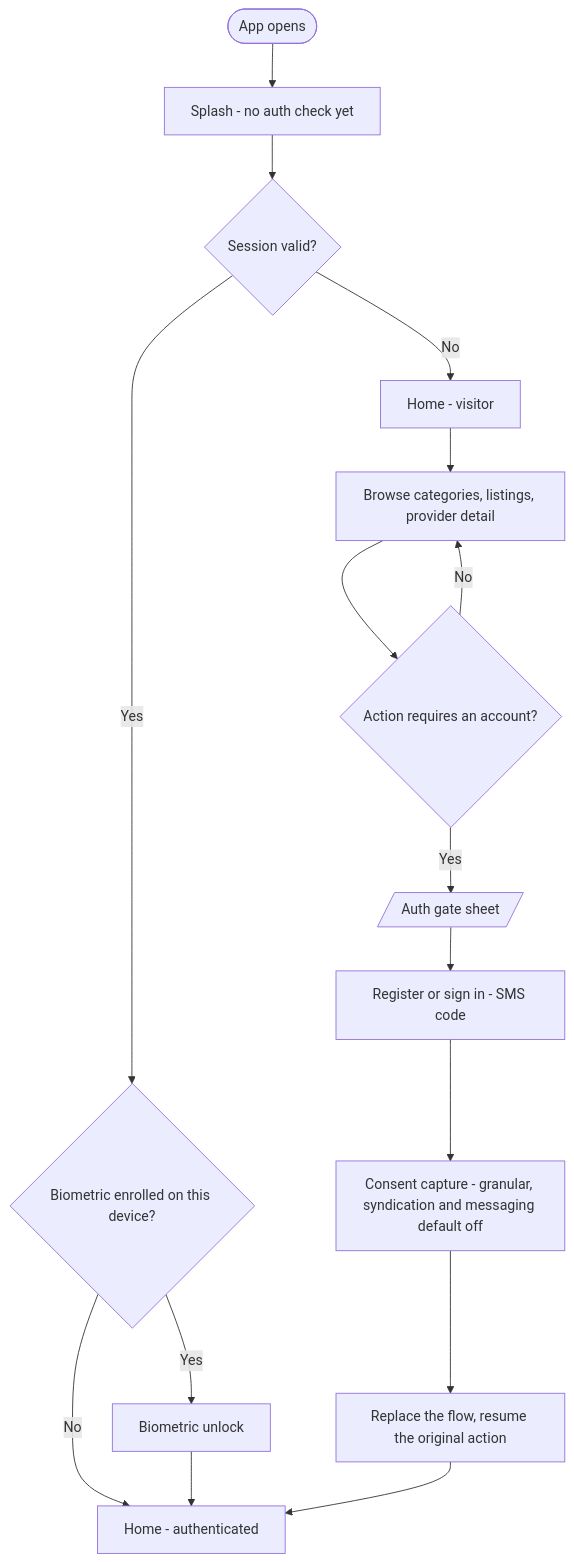
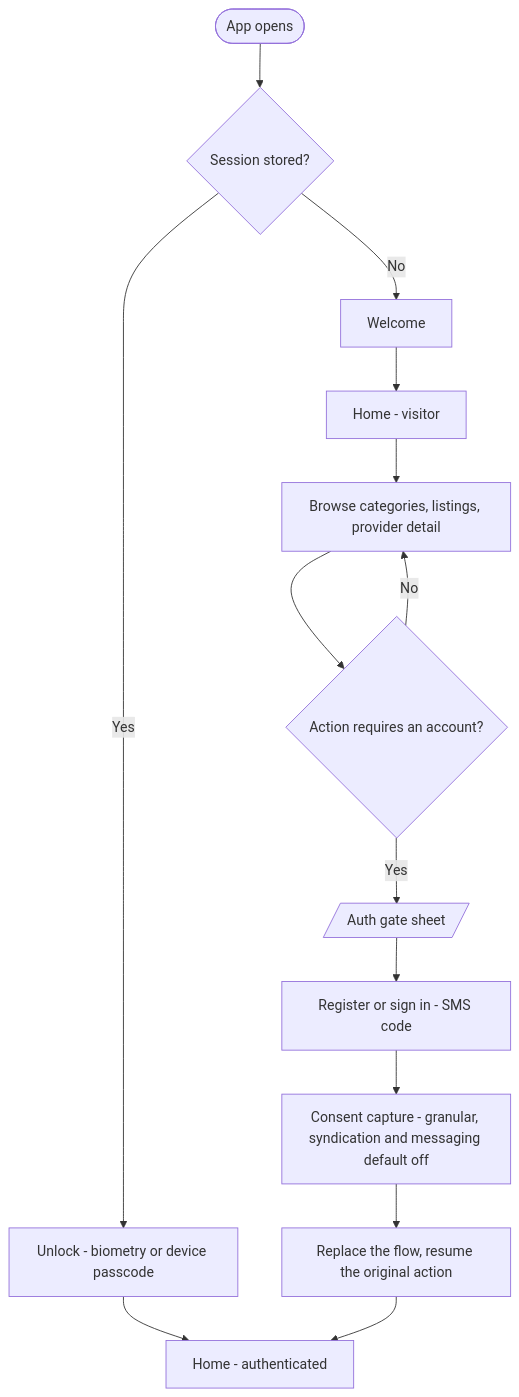
The third of 12 diagrams in docs/system-flowcharts.md (elmo365/ipelegeng), drawn with Mermaid before and after one commit. The commit also changed other lines of this file and 23 other files, not shown here.

````diff
--- a/docs/system-flowcharts.md
+++ b/docs/system-flowcharts.md
@@ -205,18 +212,16 @@
 ```mermaid
 flowchart TD
-    A([App opens]) --> B[Splash - no auth check yet]
-    B --> C{Session valid?}
-    C -->|Yes| D{Biometric enrolled on this device?}
-    D -->|Yes| E[Biometric unlock]
-    D -->|No| F[Home - authenticated]
-    E --> F
-    C -->|No| G[Home - visitor]
+    A([App opens]) --> C{Session stored?}
+    C -->|Yes| E[Unlock - biometry or device passcode]
+    E --> F[Home - authenticated]
+    C -->|No| B[Welcome]
+    B --> G[Home - visitor]
     G --> H[Browse categories, listings, provider detail]
     H --> I{Action requires an account?}
     I -->|No| H
     I -->|Yes| J[/Auth gate sheet/]
     J --> K[Register or sign in - SMS code]
     K --> L[Consent capture - granular, syndication and messaging default off]
     L --> M[Replace the flow, resume the original action]
     M --> F
 ```
````
